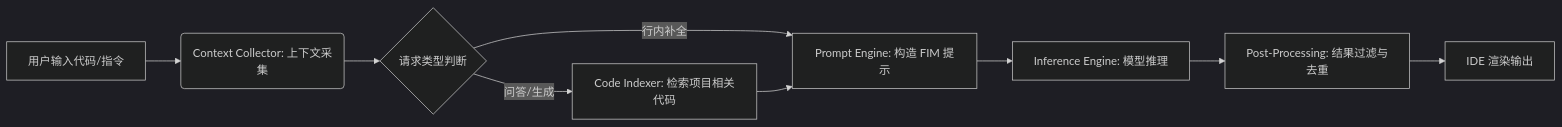
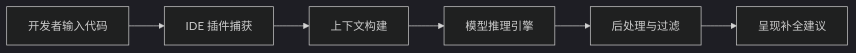
The diagram in data/series/series_6_multimodal_frontier/episode_046/longform/ep046_opencode_开源代码智能平台_article.md (devfoxaicn/content-forge-ai), drawn with Mermaid (dark theme) before and after one commit. The commit also changed other lines of this file and 13 other files, not shown here.

````diff
--- a/data/series/series_6_multimodal_frontier/episode_046/longform/ep046_opencode_开源代码智能平台_article.md
+++ b/data/series/series_6_multimodal_frontier/episode_046/longform/ep046_opencode_开源代码智能平台_article.md
@@ -90,11 +82,8 @@
 ```mermaid
 graph LR
-    A[用户输入代码/指令] --> B(Context Collector: 上下文采集)
-    B --> C{请求类型判断}
-    C -- 行内补全 --> D[Prompt Engine: 构造 FIM 提示]
-    C -- 问答/生成 --> E[Code Indexer: 检索项目相关代码]
-    E --> D
-    D --> F[Inference Engine: 模型推理]
-    F --> G[Post-Processing: 结果过滤与去重]
-    G --> H[IDE 渲染输出]
+    A[开发者输入代码] --> B[IDE 插件捕获]
+    B --> C[上下文构建]
+    C --> D[模型推理引擎]
+    D --> E[后处理与过滤]
+    E --> F[呈现补全建议]
 ```
````
